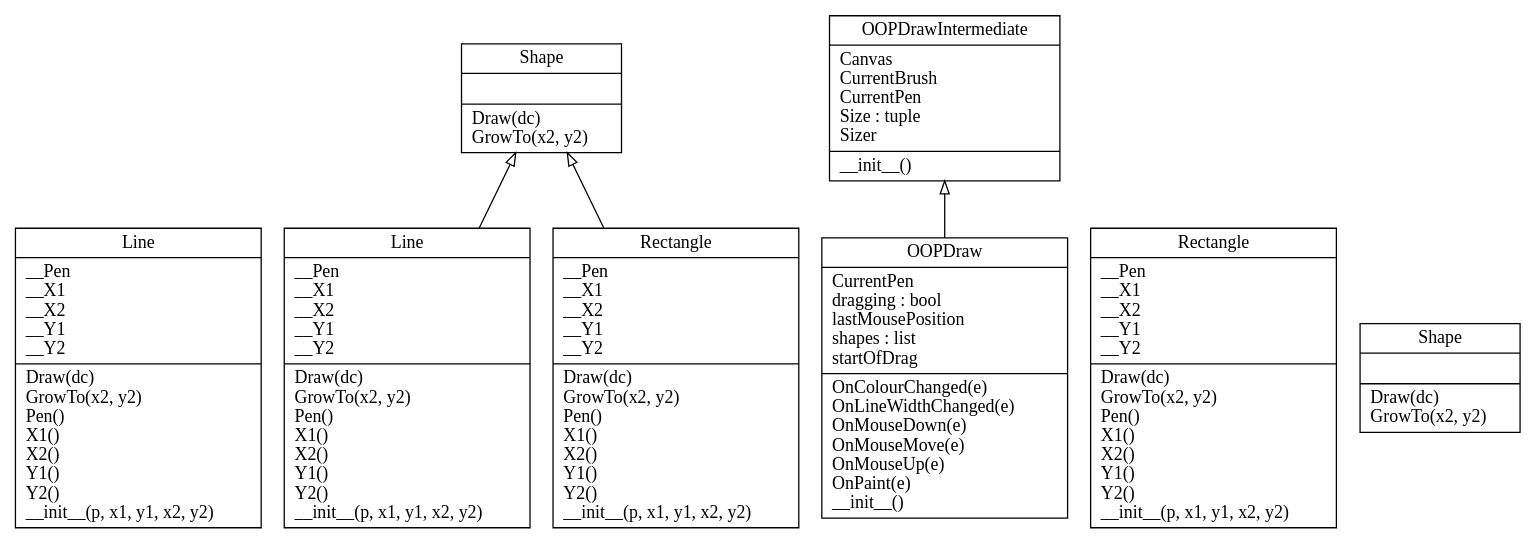
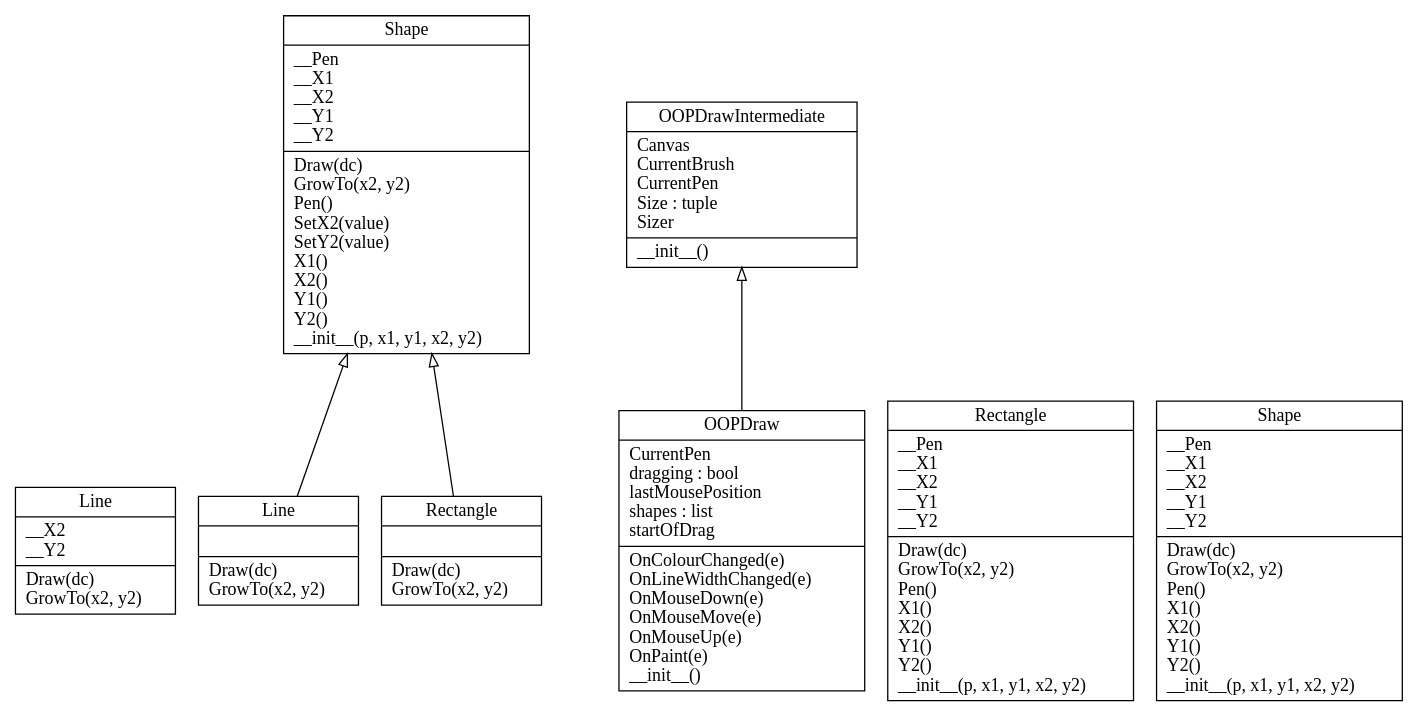
The diagram in classes.dot (stirlingstout/OOPDraw-in-Python-for-book), drawn with Graphviz before and after one commit. The commit also changed 6 other files, not shown here.

```diff
--- a/classes.dot
+++ b/classes.dot
@@ -1,15 +1,15 @@
 digraph "classes" {
 charset="utf-8"
 rankdir=BT
-"0" [label="{Line|__Pen\l__X1\l__X2\l__Y1\l__Y2\l|Draw(dc)\lGrowTo(x2, y2)\lPen()\lX1()\lX2()\lY1()\lY2()\l__init__(p, x1, y1, x2, y2)\l}", shape="record"];
-"1" [label="{Line|__Pen\l__X1\l__X2\l__Y1\l__Y2\l|Draw(dc)\lGrowTo(x2, y2)\lPen()\lX1()\lX2()\lY1()\lY2()\l__init__(p, x1, y1, x2, y2)\l}", shape="record"];
+"0" [label="{Line|__X2\l__Y2\l|Draw(dc)\lGrowTo(x2, y2)\l}", shape="record"];
+"1" [label="{Line|\l|Draw(dc)\lGrowTo(x2, y2)\l}", shape="record"];
 "2" [label="{OOPDraw|CurrentPen\ldragging : bool\llastMousePosition\lshapes : list\lstartOfDrag\l|OnColourChanged(e)\lOnLineWidthChanged(e)\lOnMouseDown(e)\lOnMouseMove(e)\lOnMouseUp(e)\lOnPaint(e)\l__init__()\l}", shape="record"];
 "3" [label="{OOPDrawIntermediate|Canvas\lCurrentBrush\lCurrentPen\lSize : tuple\lSizer\l|__init__()\l}", shape="record"];
 "4" [label="{Rectangle|__Pen\l__X1\l__X2\l__Y1\l__Y2\l|Draw(dc)\lGrowTo(x2, y2)\lPen()\lX1()\lX2()\lY1()\lY2()\l__init__(p, x1, y1, x2, y2)\l}", shape="record"];
-"5" [label="{Rectangle|__Pen\l__X1\l__X2\l__Y1\l__Y2\l|Draw(dc)\lGrowTo(x2, y2)\lPen()\lX1()\lX2()\lY1()\lY2()\l__init__(p, x1, y1, x2, y2)\l}", shape="record"];
-"6" [label="{Shape|\l|Draw(dc)\lGrowTo(x2, y2)\l}", shape="record"];
-"7" [label="{Shape|\l|Draw(dc)\lGrowTo(x2, y2)\l}", shape="record"];
+"5" [label="{Rectangle|\l|Draw(dc)\lGrowTo(x2, y2)\l}", shape="record"];
+"6" [label="{Shape|__Pen\l__X1\l__X2\l__Y1\l__Y2\l|Draw(dc)\lGrowTo(x2, y2)\lPen()\lX1()\lX2()\lY1()\lY2()\l__init__(p, x1, y1, x2, y2)\l}", shape="record"];
+"7" [label="{Shape|__Pen\l__X1\l__X2\l__Y1\l__Y2\l|Draw(dc)\lGrowTo(x2, y2)\lPen()\lSetX2(value)\lSetY2(value)\lX1()\lX2()\lY1()\lY2()\l__init__(p, x1, y1, x2, y2)\l}", shape="record"];
 "1" -> "7" [arrowhead="empty", arrowtail="none"];
 "2" -> "3" [arrowhead="empty", arrowtail="none"];
 "5" -> "7" [arrowhead="empty", arrowtail="none"];
 }
```
